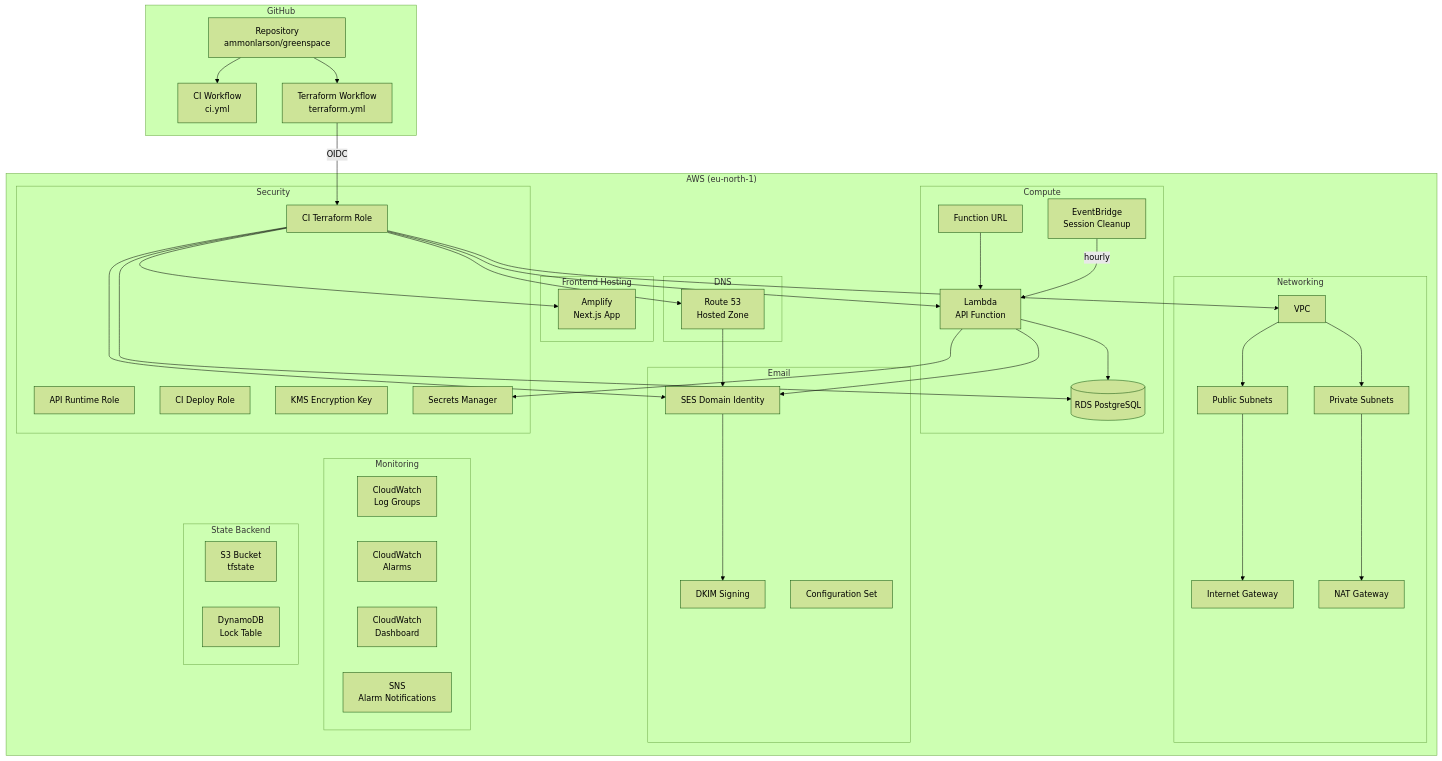
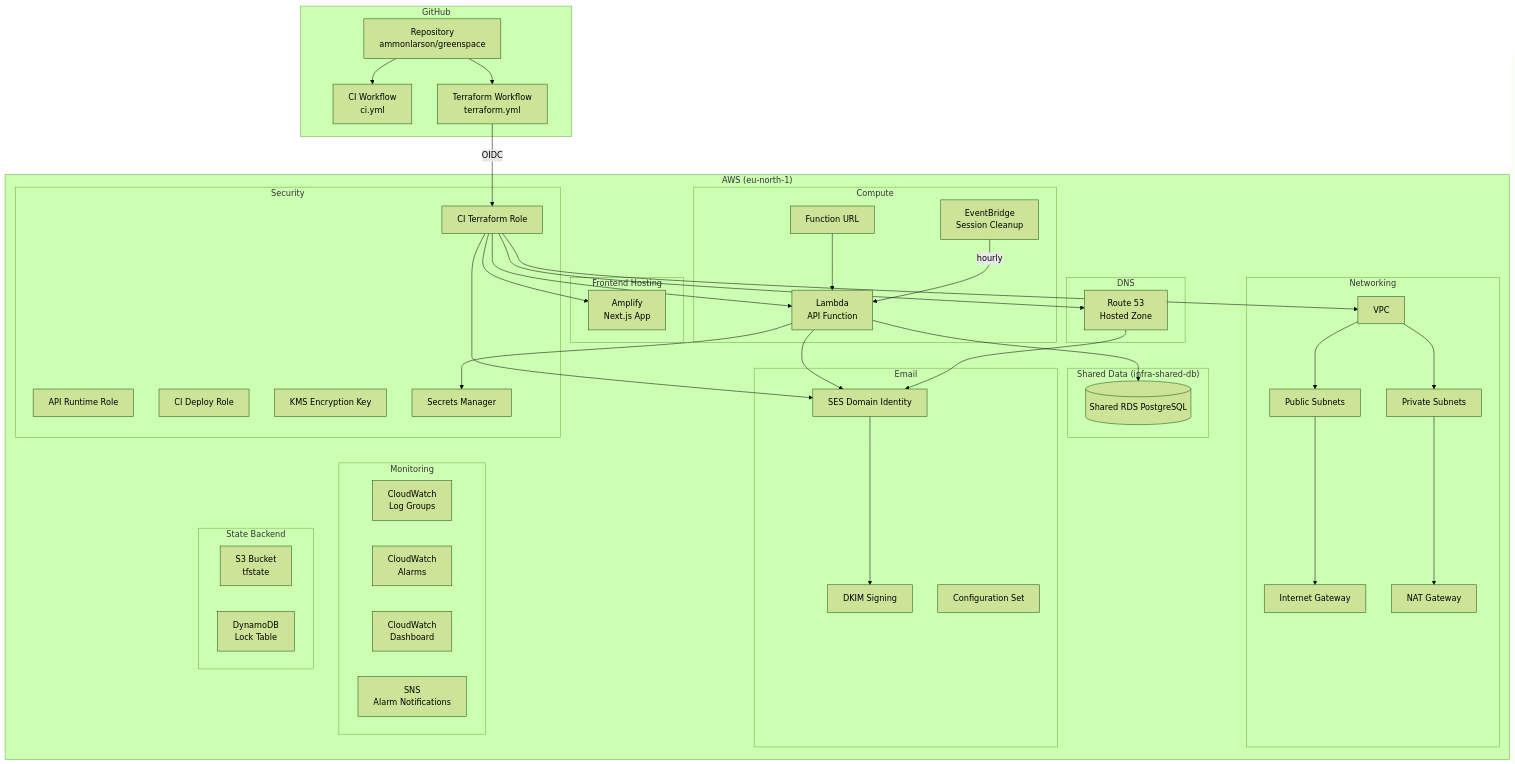
The fifth of 6 diagrams in docs/architecture.md (ammonlarson/greenspace), drawn with Mermaid (forest theme) before and after one commit. The commit also changed other lines of this file and 9 other files, not shown here.

First line of the commit message:
chore(infra): decommission dedicated-RDS resources after shared-db migration (#397)

````diff
--- a/docs/architecture.md
+++ b/docs/architecture.md
@@ -259,80 +259,82 @@
 ```mermaid
 graph TB
     subgraph "GitHub"
         REPO[Repository<br/>ammonlarson/greenspace]
         CI[CI Workflow<br/>ci.yml]
         TF_WF[Terraform Workflow<br/>terraform.yml]
     end
 
     subgraph "AWS (eu-north-1)"
         subgraph "Networking"
             VPC[VPC]
             PUB_SUB[Public Subnets]
             PRIV_SUB[Private Subnets]
             IGW[Internet Gateway]
             NAT[NAT Gateway]
         end
 
         subgraph "Compute"
             LAMBDA[Lambda<br/>API Function]
             LAMBDA_URL[Function URL]
             EB[EventBridge<br/>Session Cleanup]
-            RDS[(RDS PostgreSQL)]
+        end
+
+        subgraph "Shared Data (infra-shared-db)"
+            RDS[(Shared RDS PostgreSQL)]
         end
 
         subgraph "Frontend Hosting"
             AMPLIFY[Amplify<br/>Next.js App]
         end
 
         subgraph "Email"
             SES_ID[SES Domain Identity]
             SES_DKIM[DKIM Signing]
             SES_CS[Configuration Set]
         end
 
         subgraph "DNS"
             R53[Route 53<br/>Hosted Zone]
         end
 
         subgraph "Security"
             IAM_API[API Runtime Role]
             IAM_CI[CI Deploy Role]
             IAM_TF[CI Terraform Role]
             KMS[KMS Encryption Key]
             SECRETS[Secrets Manager]
         end
 
         subgraph "Monitoring"
             CW[CloudWatch<br/>Log Groups]
             ALARMS[CloudWatch<br/>Alarms]
             DASH[CloudWatch<br/>Dashboard]
             SNS[SNS<br/>Alarm Notifications]
         end
 
         subgraph "State Backend"
             S3[S3 Bucket<br/>tfstate]
             DDB[DynamoDB<br/>Lock Table]
         end
     end
 
     REPO --> CI
     REPO --> TF_WF
     TF_WF -->|OIDC| IAM_TF
     IAM_TF --> VPC
     IAM_TF --> LAMBDA
-    IAM_TF --> RDS
     IAM_TF --> SES_ID
     IAM_TF --> R53
     IAM_TF --> AMPLIFY
     LAMBDA_URL --> LAMBDA
     EB -->|hourly| LAMBDA
     LAMBDA --> RDS
     LAMBDA --> SES_ID
     LAMBDA --> SECRETS
     VPC --> PUB_SUB
     VPC --> PRIV_SUB
     PUB_SUB --> IGW
     PRIV_SUB --> NAT
     R53 --> SES_ID
     SES_ID --> SES_DKIM
 ```
````
